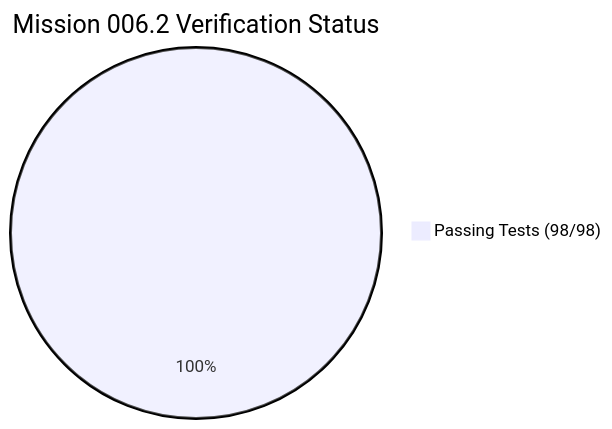
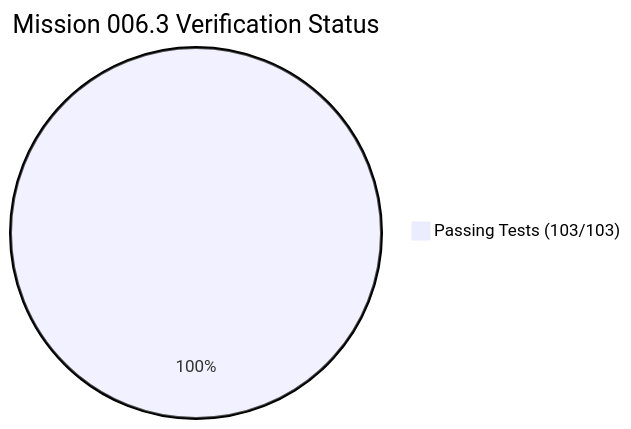
The diagram in MISSION_STATUS.md (Asterioxer/AccessGuard), drawn with Mermaid before and after one commit. The commit also changed other lines of this file and 15 other files, not shown here.

````diff
--- a/MISSION_STATUS.md
+++ b/MISSION_STATUS.md
@@ -19,4 +20,4 @@
 ```mermaid
-pie title Mission 006.2 Verification Status
-    "Passing Tests (98/98)" : 100
+pie title Mission 006.3 Verification Status
+    "Passing Tests (103/103)" : 100
 ```
````
